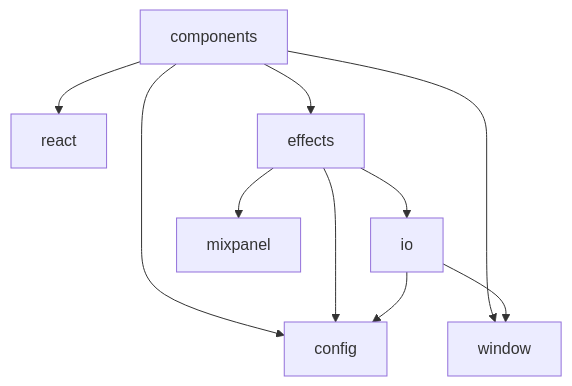
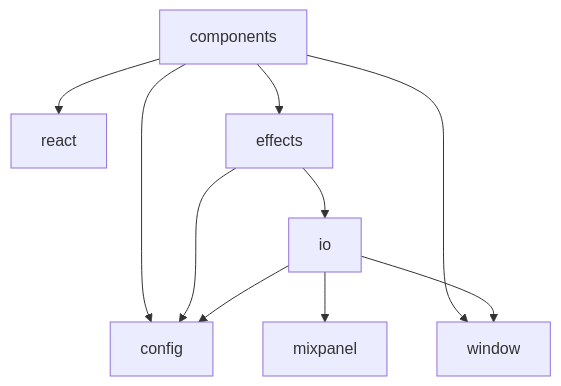
One commit to mattriley/charlie-gaffer changed the diagram in README.md. Above: the diagram before and after it, drawn with Mermaid. The commit also changed other lines of this file and 4 other files, not shown here.

````diff
--- a/README.md
+++ b/README.md
@@ -25,12 +25,12 @@
 ```mermaid
 graph TD;
     components-->react;
     components-->effects;
     components-->config;
     components-->window;
     effects-->io;
-    effects-->mixpanel;
     effects-->config;
     io-->config;
+    io-->mixpanel;
     io-->window;
 ```
````
